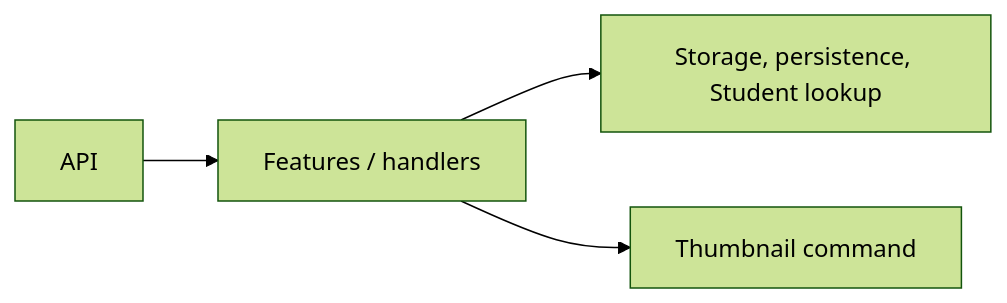
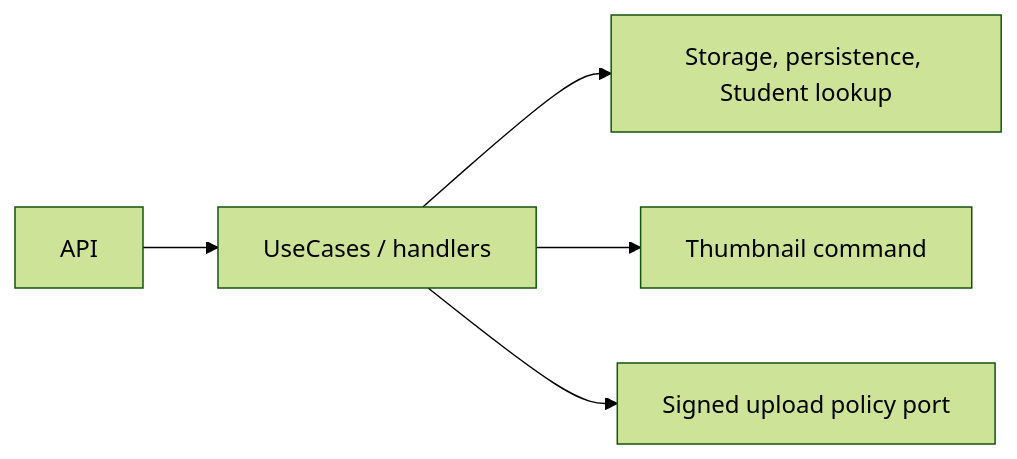
Before and after one commit to Minhduc7904/MiniProjectTrainingKaopiz: the diagram in ducnm3/docs/architecture/backend/media-service/details/application.md, drawn with Mermaid (forest theme). The commit also changed other lines of this file and 289 other files, not shown here.

````diff
--- a/ducnm3/docs/architecture/backend/media-service/details/application.md
+++ b/ducnm3/docs/architecture/backend/media-service/details/application.md
@@ -10,6 +10,7 @@
 ```mermaid
 flowchart LR
-  API --> App[Features / handlers]
+  API --> App[UseCases / handlers]
   App --> Ports[Storage, persistence, Student lookup]
   App --> Msg[Thumbnail command]
+  App --> Policy[Signed upload policy port]
 ```
````
